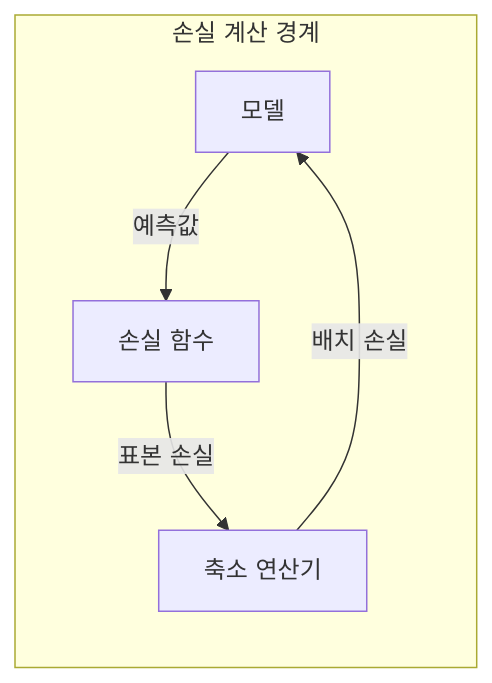
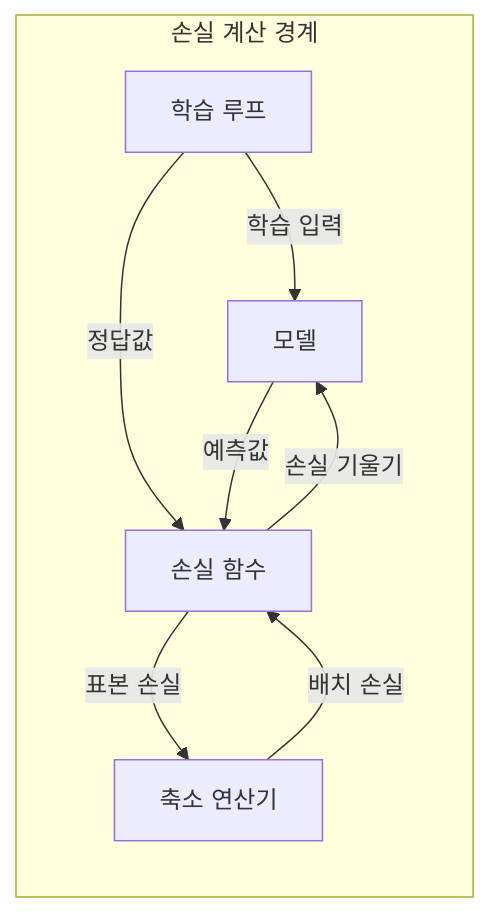
One commit to agnusdei1207/knowledge-base changed the second of 3 diagrams in src/content/docs/notes/01-basic-theory/042_loss_functions.md. Above: the diagram before and after it, drawn with Mermaid. The commit also changed other lines of this file and 11 other files, not shown here.

````diff
--- a/src/content/docs/notes/01-basic-theory/042_loss_functions.md
+++ b/src/content/docs/notes/01-basic-theory/042_loss_functions.md
@@ -72,12 +76,16 @@
 ```mermaid
 flowchart TB
     subgraph LS[손실 계산 경계]
         direction TB
+        T[학습 루프]
         M[모델]
         L[손실 함수]
         R[축소 연산기]
+        T -->|학습 입력| M
+        T -->|정답값| L
         M -->|예측값| L
         L -->|표본 손실| R
-        R -->|배치 손실| M
+        R -->|배치 손실| L
+        L -->|손실 기울기| M
     end
 ```
````
